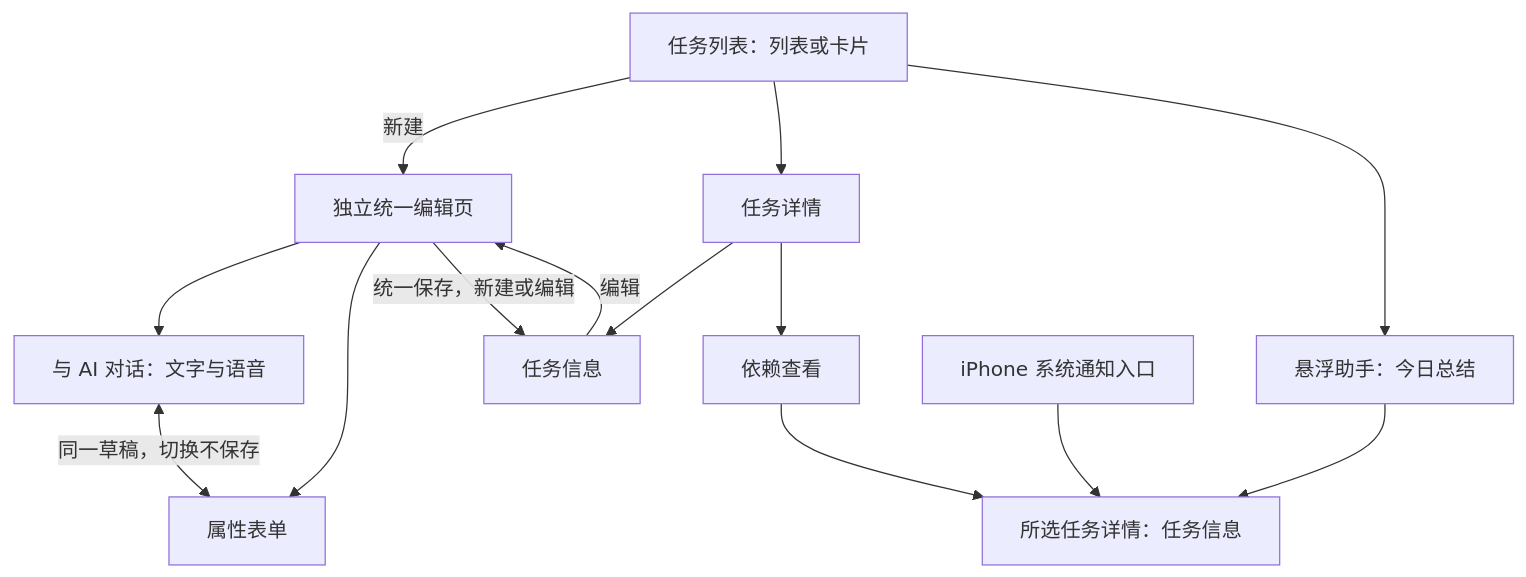
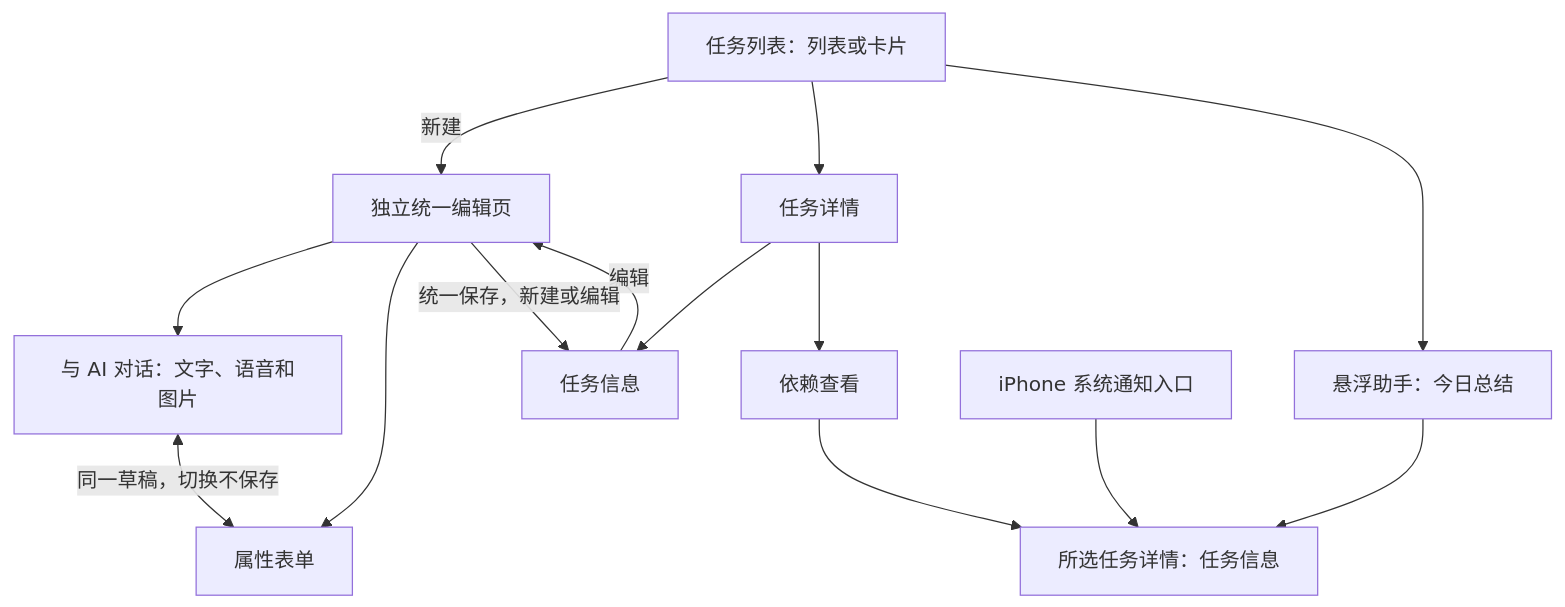
One commit to leinjay/venus changed the diagram in docs/tools/reminders.md. Above: the diagram before and after it, drawn with Mermaid. The commit also changed other lines of this file and 4 other files, not shown here.

````diff
--- a/docs/tools/reminders.md
+++ b/docs/tools/reminders.md
@@ -126,16 +129,16 @@
 ```mermaid
 flowchart TD
     L[任务列表：列表或卡片] -->|新建| U[独立统一编辑页]
     L --> D[任务详情]
     D --> I[任务信息]
     I -->|编辑| U
     D --> G[依赖查看]
     G --> N[所选任务详情：任务信息]
-    U --> A[与 AI 对话：文字与语音]
+    U --> A[与 AI 对话：文字、语音和图片]
     U --> F[属性表单]
     A <-->|同一草稿，切换不保存| F
     U -->|统一保存，新建或编辑| I
     L --> H[悬浮助手：今日总结]
     H --> N
     R[iPhone 系统通知入口] --> N
 ```
````
